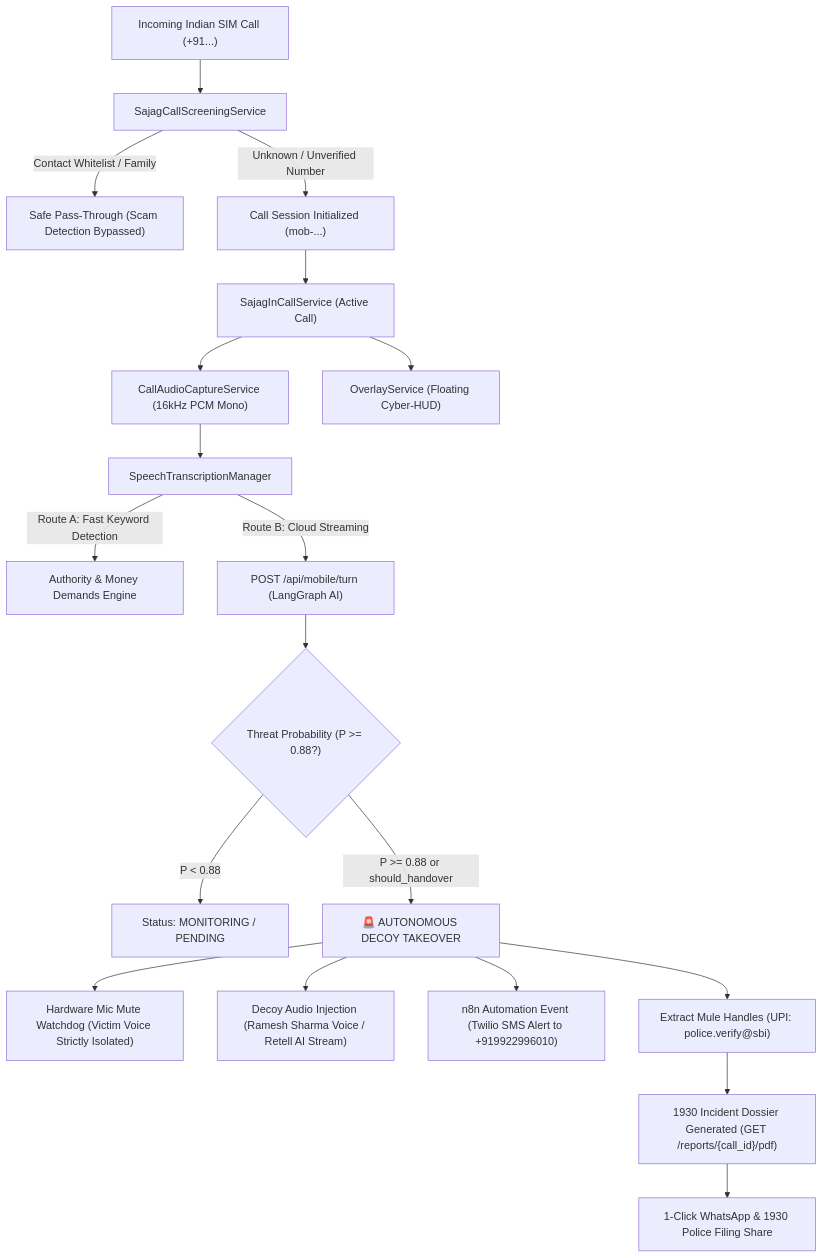
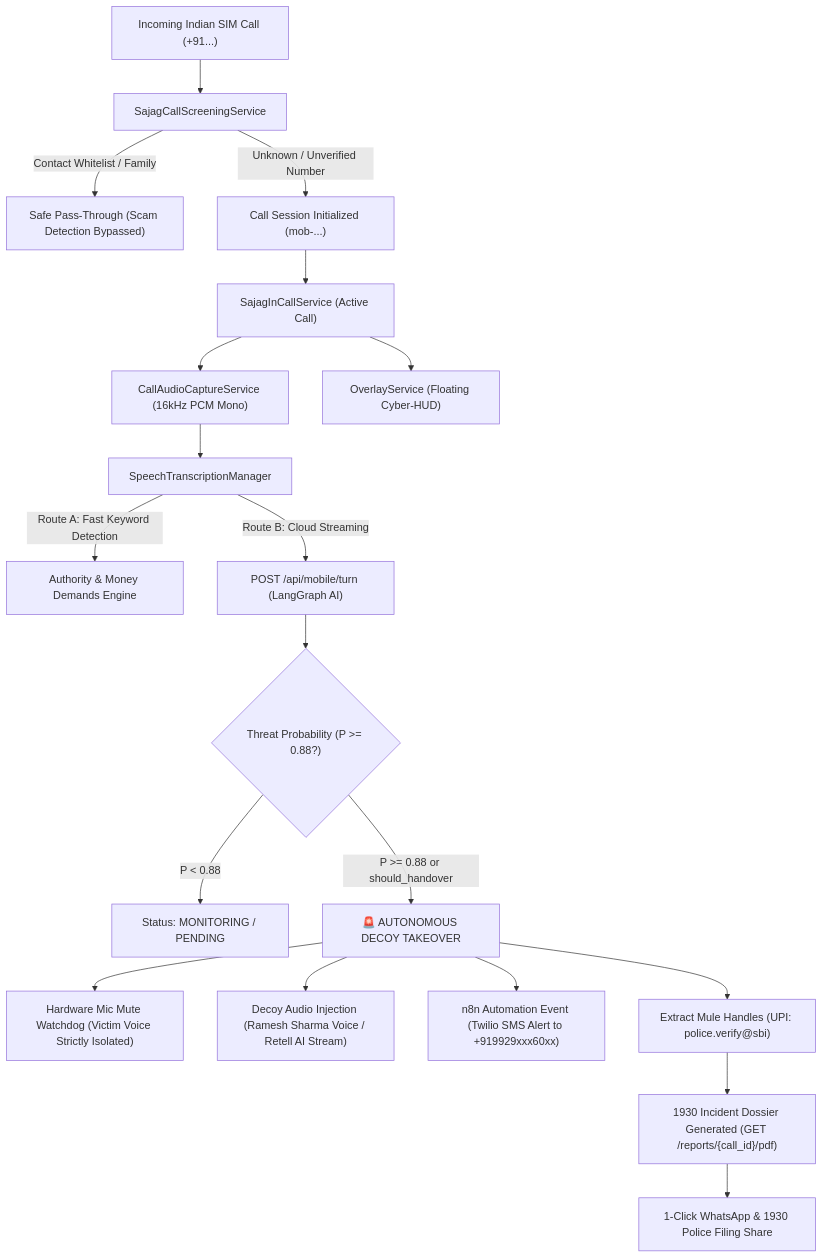
Before and after one commit to SatyamPrajapati17/androidsajag: the diagram in README.md, drawn with Mermaid. The commit also changed other lines of this file, not shown here.

````diff
--- a/README.md
+++ b/README.md
@@ -38,26 +38,26 @@
 ```mermaid
 flowchart TD
     A["Incoming Indian SIM Call (+91...)"] --> B["SajagCallScreeningService"]
     B -->|Contact Whitelist / Family| C["Safe Pass-Through (Scam Detection Bypassed)"]
     B -->|Unknown / Unverified Number| D["Call Session Initialized (mob-...)"]
     
     D --> E["SajagInCallService (Active Call)"]
     E --> F["CallAudioCaptureService (16kHz PCM Mono)"]
     E --> G["OverlayService (Floating Cyber-HUD)"]
     
     F --> H["SpeechTranscriptionManager"]
     H -->|Route A: Fast Keyword Detection| I["Authority & Money Demands Engine"]
     H -->|Route B: Cloud Streaming| J["POST /api/mobile/turn (LangGraph AI)"]
     
     J --> K{"Threat Probability (P >= 0.88?)"}
     K -->|P < 0.88| L["Status: MONITORING / PENDING"]
     K -->|P >= 0.88 or should_handover| M["🚨 AUTONOMOUS DECOY TAKEOVER"]
     
     M --> N["Hardware Mic Mute Watchdog (Victim Voice Strictly Isolated)"]
     M --> O["Decoy Audio Injection (Ramesh Sharma Voice / Retell AI Stream)"]
-    M --> P["n8n Automation Event (Twilio SMS Alert to +919922996010)"]
+    M --> P["n8n Automation Event (Twilio SMS Alert to +919929xxx60xx)"]
     M --> Q["Extract Mule Handles (UPI: police.verify@sbi)"]
     
     Q --> R["1930 Incident Dossier Generated (GET /reports/{call_id}/pdf)"]
     R --> S["1-Click WhatsApp & 1930 Police Filing Share"]
 ```
````
